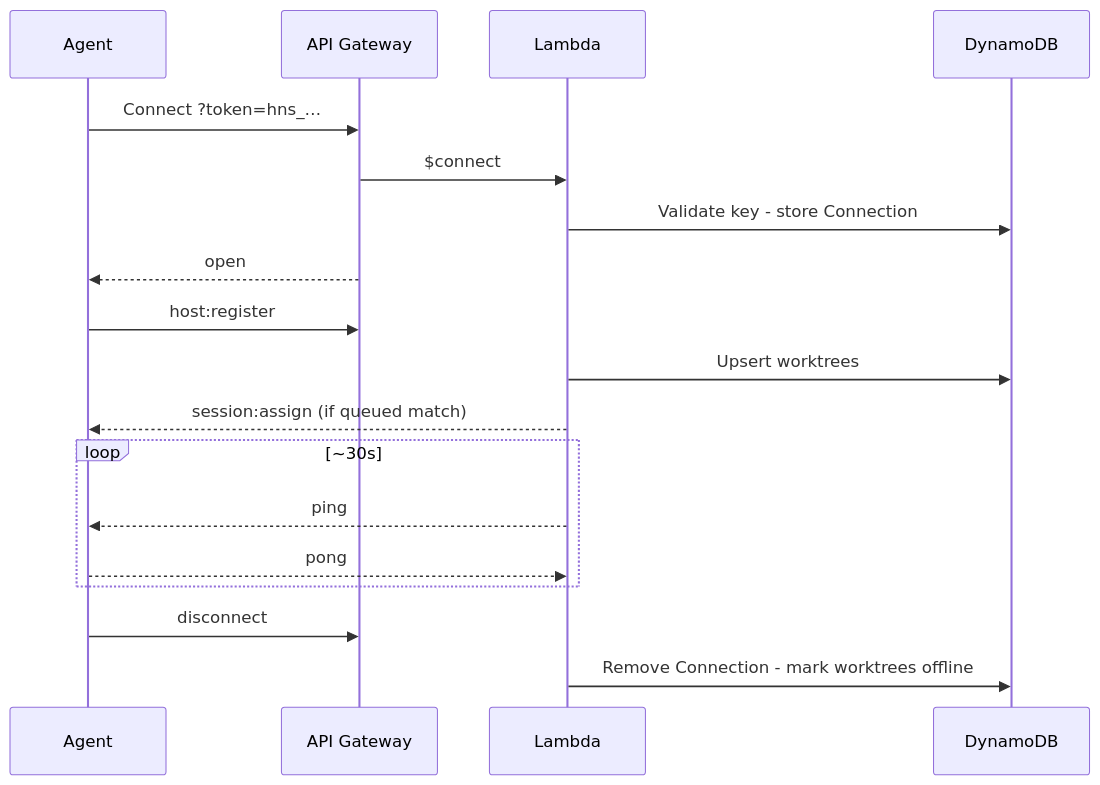
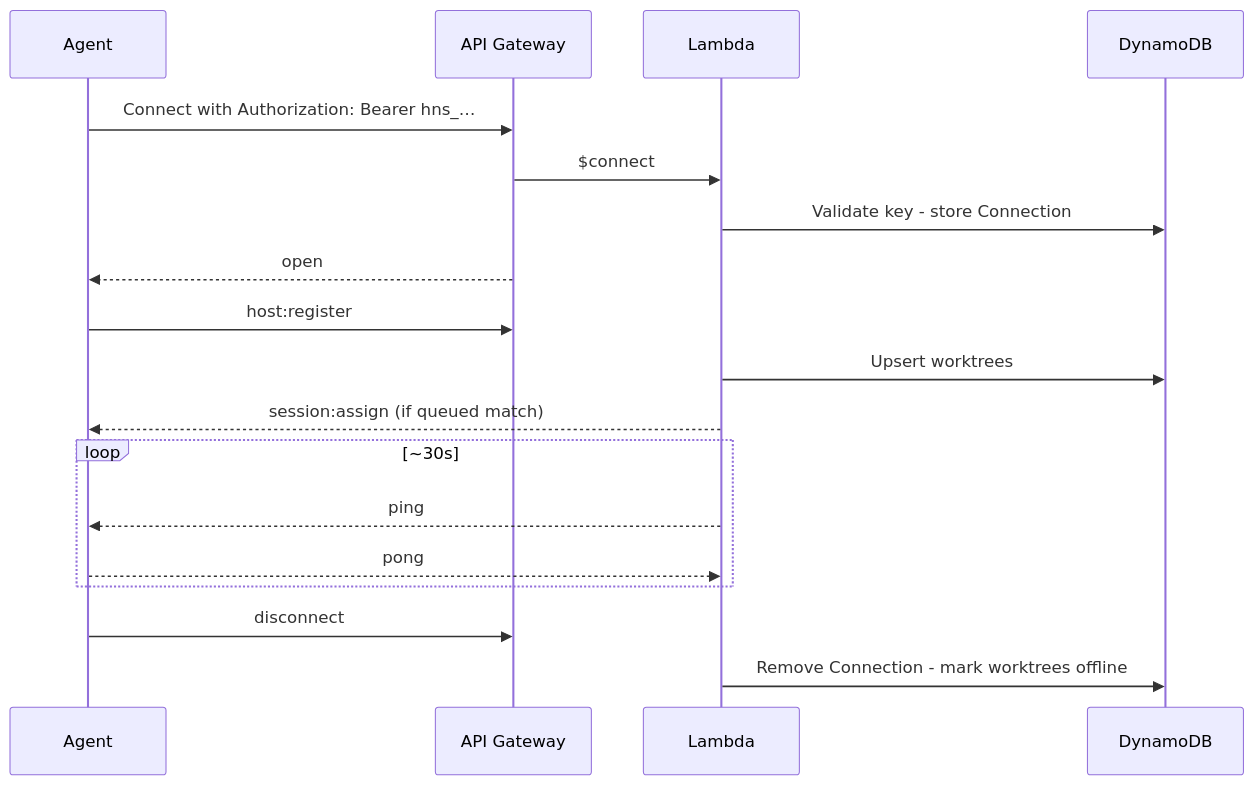
The diagram in docs/websocket.md (jonathanong/auto-harness), drawn with Mermaid before and after one commit. The commit also changed other lines of this file and 4 other files, not shown here.

````diff
--- a/docs/websocket.md
+++ b/docs/websocket.md
@@ -143,24 +143,24 @@
 ```mermaid
 sequenceDiagram
     participant Agent
     participant GW as API Gateway
     participant Lambda
     participant DDB as DynamoDB
 
-    Agent->>GW: Connect ?token=hns_…
+    Agent->>GW: Connect with Authorization: Bearer hns_…
     GW->>Lambda: $connect
     Lambda->>DDB: Validate key - store Connection
     GW-->>Agent: open
 
     Agent->>GW: host:register
     Lambda->>DDB: Upsert worktrees
     Lambda-->>Agent: session:assign (if queued match)
 
     loop ~30s
         Lambda-->>Agent: ping
         Agent-->>Lambda: pong
     end
 
     Agent->>GW: disconnect
     Lambda->>DDB: Remove Connection - mark worktrees offline
 ```
````
